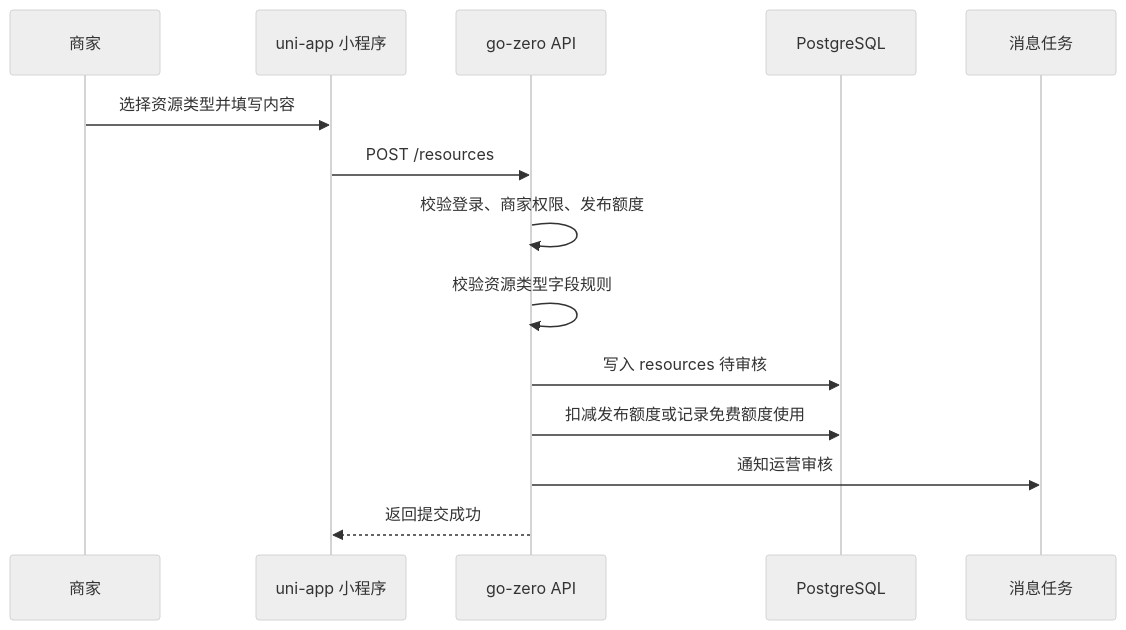
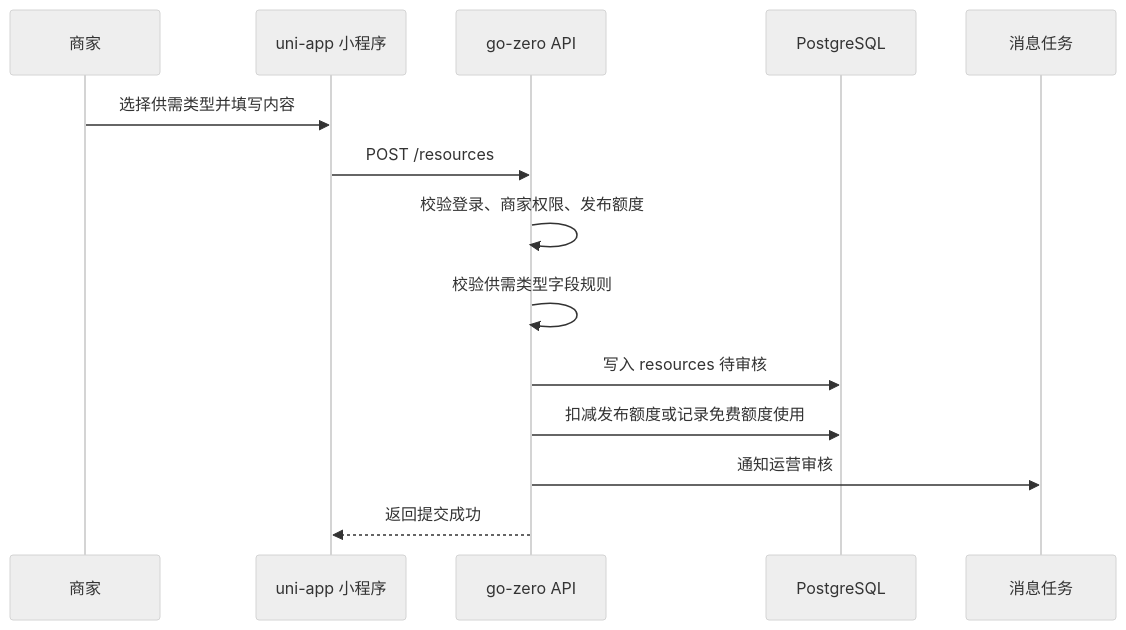
Before and after one commit to tourdt/wplink: the second of 4 diagrams in docs/product/technical-architecture.md, drawn with Mermaid (neutral theme). The commit also changed other lines of this file and 54 other files, not shown here.

````diff
--- a/docs/product/technical-architecture.md
+++ b/docs/product/technical-architecture.md
@@ -337,17 +337,17 @@
 ```mermaid
 sequenceDiagram
   participant U as 商家
   participant W as uni-app 小程序
   participant A as go-zero API
   participant D as PostgreSQL
   participant M as 消息任务
 
-  U->>W: 选择资源类型并填写内容
+  U->>W: 选择供需类型并填写内容
   W->>A: POST /resources
   A->>A: 校验登录、商家权限、发布额度
-  A->>A: 校验资源类型字段规则
+  A->>A: 校验供需类型字段规则
   A->>D: 写入 resources 待审核
   A->>D: 扣减发布额度或记录免费额度使用
   A->>M: 通知运营审核
   A-->>W: 返回提交成功
 ```
````
